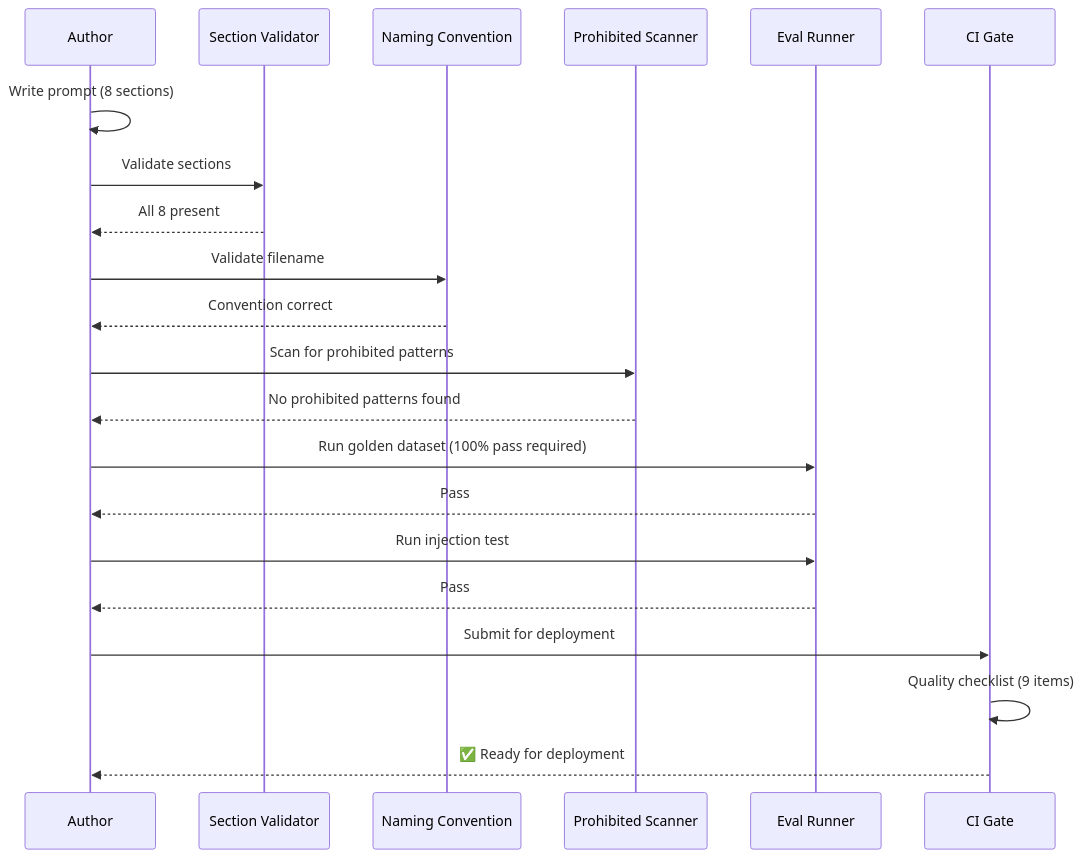
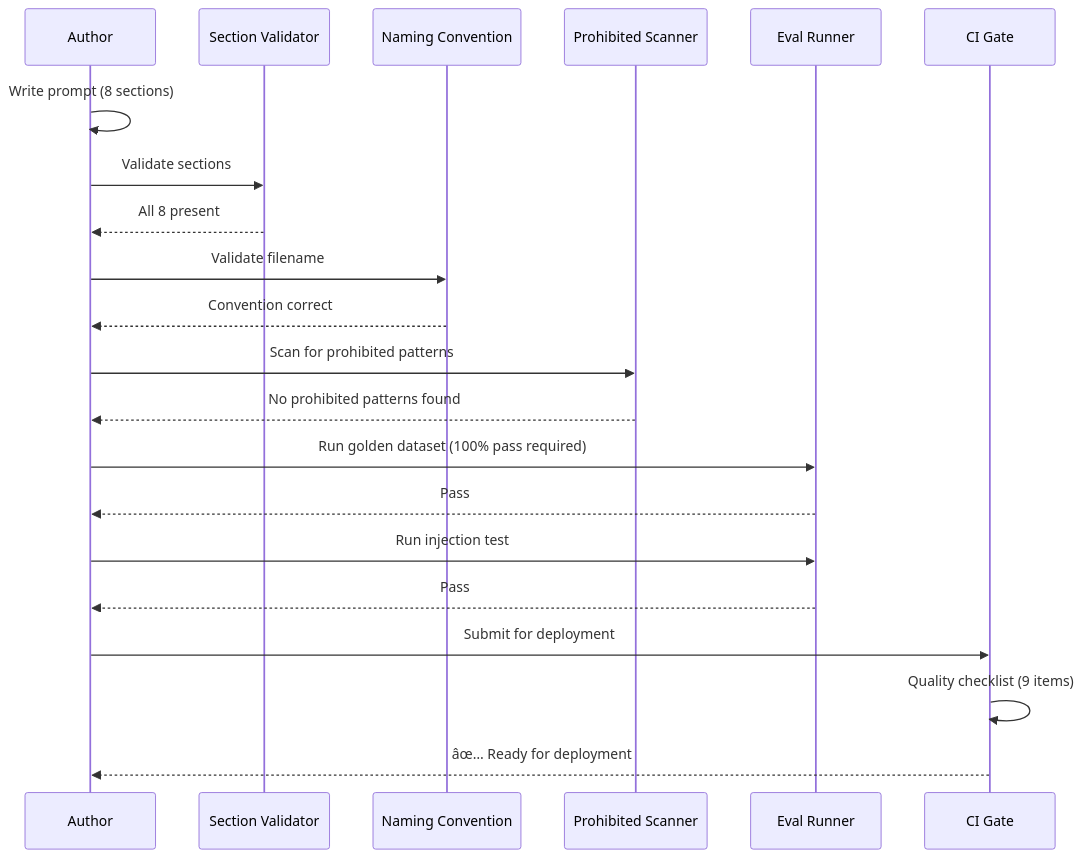
Before and after one commit to Driftloom/Vaeloom: the third of 3 diagrams in Docs/AI/Prompt-Standards.md, drawn with Mermaid. The commit also changed other lines of this file and 249 other files, not shown here.

````diff
--- a/Docs/AI/Prompt-Standards.md
+++ b/Docs/AI/Prompt-Standards.md
@@ -227,29 +227,29 @@
 ```mermaid
 sequenceDiagram
     participant AU as Author
     participant SV as Section Validator
     participant NC as Naming Convention
     participant PS as Prohibited Scanner
     participant EV as Eval Runner
     participant CI as CI Gate
 
     AU->>AU: Write prompt (8 sections)
     AU->>SV: Validate sections
     SV-->>AU: All 8 present
     
     AU->>NC: Validate filename
     NC-->>AU: Convention correct
     
     AU->>PS: Scan for prohibited patterns
     PS-->>AU: No prohibited patterns found
     
     AU->>EV: Run golden dataset (100% pass required)
     EV-->>AU: Pass
     
     AU->>EV: Run injection test
     EV-->>AU: Pass
     
     AU->>CI: Submit for deployment
     CI->>CI: Quality checklist (9 items)
-    CI-->>AU: ✅ Ready for deployment
+    CI-->>AU: âœ… Ready for deployment
 ```
````
